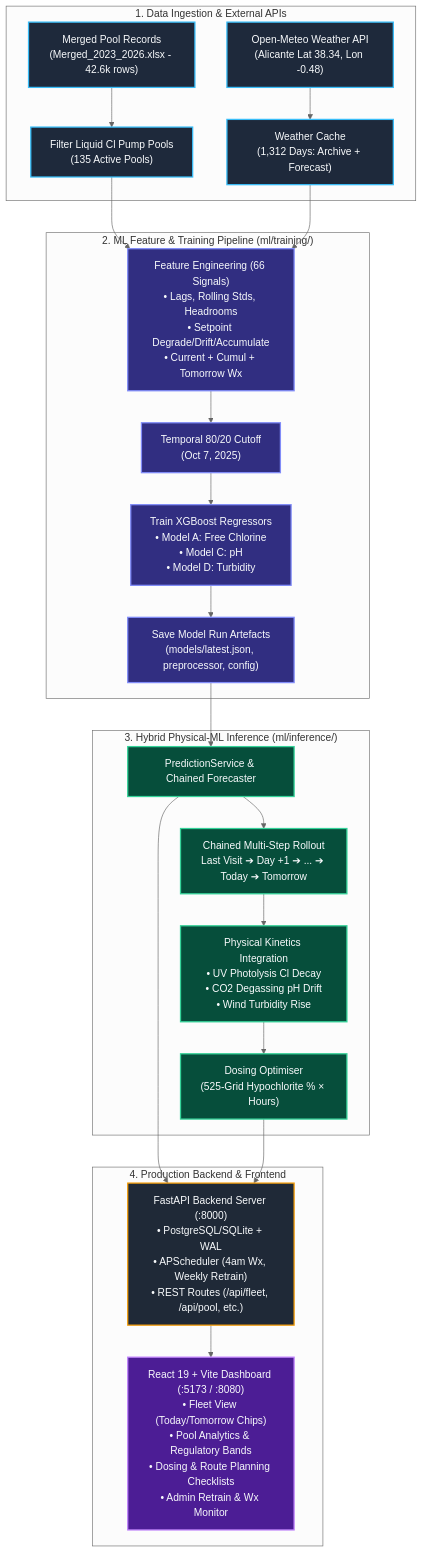
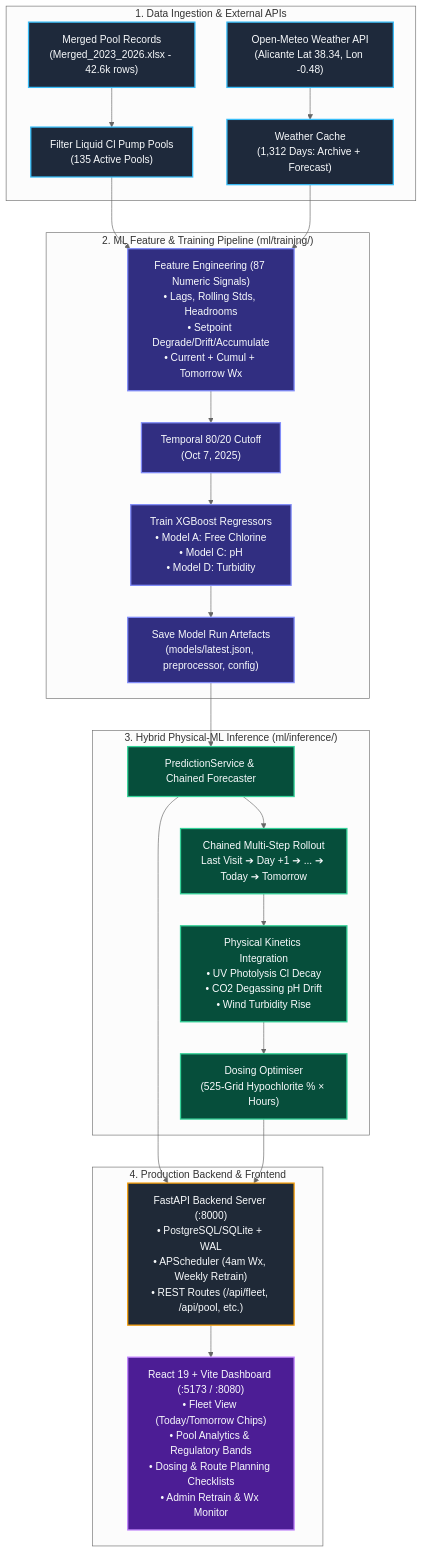
The diagram in README.md (Imad-81/pool-maintenance), drawn with Mermaid (neutral theme) before and after one commit. The commit also changed other lines of this file and 29 other files, not shown here.

````diff
--- a/README.md
+++ b/README.md
@@ -95,38 +95,38 @@
 ```mermaid
 graph TD
     classDef source fill:#1e293b,stroke:#38bdf8,stroke-width:2px,color:#f8fafc;
     classDef ml fill:#312e81,stroke:#818cf8,stroke-width:2px,color:#f8fafc;
     classDef physics fill:#064e3b,stroke:#34d399,stroke-width:2px,color:#f8fafc;
     classDef backend fill:#1f2937,stroke:#f59e0b,stroke-width:2px,color:#f8fafc;
     classDef frontend fill:#4c1d95,stroke:#c084fc,stroke-width:2px,color:#f8fafc;
 
     subgraph Data_Sources ["1. Data Ingestion & External APIs"]
         RAW["Merged Pool Records<br>(Merged_2023_2026.xlsx - 42.6k rows)"] --> FILT["Filter Liquid Cl Pump Pools<br>(135 Active Pools)"]
         WX_API["Open-Meteo Weather API<br>(Alicante Lat 38.34, Lon -0.48)"] --> WX_CACHE["Weather Cache<br>(1,312 Days: Archive + Forecast)"]
     end
 
     subgraph ML_Training ["2. ML Feature & Training Pipeline (ml/training/)"]
-        FILT & WX_CACHE --> FEAT["Feature Engineering (66 Signals)<br>• Lags, Rolling Stds, Headrooms<br>• Setpoint Degrade/Drift/Accumulate<br>• Current + Cumul + Tomorrow Wx"]
+        FILT & WX_CACHE --> FEAT["Feature Engineering (87 Numeric Signals)<br>• Lags, Rolling Stds, Headrooms<br>• Setpoint Degrade/Drift/Accumulate<br>• Current + Cumul + Tomorrow Wx"]
         FEAT --> SPLIT["Temporal 80/20 Cutoff<br>(Oct 7, 2025)"]
         SPLIT --> TRAIN["Train XGBoost Regressors<br>• Model A: Free Chlorine<br>• Model C: pH<br>• Model D: Turbidity"]
         TRAIN --> ARTIFACTS["Save Model Run Artefacts<br>(models/latest.json, preprocessor, config)"]
     end
 
     subgraph Inference_Engine ["3. Hybrid Physical-ML Inference (ml/inference/)"]
         ARTIFACTS --> INF["PredictionService & Chained Forecaster"]
         INF --> CHAIN["Chained Multi-Step Rollout<br>Last Visit ➔ Day +1 ➔ ... ➔ Today ➔ Tomorrow"]
         CHAIN --> KINETICS["Physical Kinetics Integration<br>• UV Photolysis Cl Decay<br>• CO2 Degassing pH Drift<br>• Wind Turbidity Rise"]
         KINETICS --> OPT["Dosing Optimiser<br>(525-Grid Hypochlorite % × Hours)"]
     end
 
     subgraph Production_Stack ["4. Production Backend & Frontend"]
         INF & OPT --> API["FastAPI Backend Server (:8000)<br>• PostgreSQL/SQLite + WAL<br>• APScheduler (4am Wx, Weekly Retrain)<br>• REST Routes (/api/fleet, /api/pool, etc.)"]
         API --> UI["React 19 + Vite Dashboard (:5173 / :8080)<br>• Fleet View (Today/Tomorrow Chips)<br>• Pool Analytics & Regulatory Bands<br>• Dosing & Route Planning Checklists<br>• Admin Retrain & Wx Monitor"]
     end
 
     class RAW,FILT,WX_API,WX_CACHE source;
     class FEAT,SPLIT,TRAIN,ARTIFACTS ml;
     class INF,CHAIN,KINETICS,OPT physics;
     class API backend;
     class UI frontend;
 ```
````
